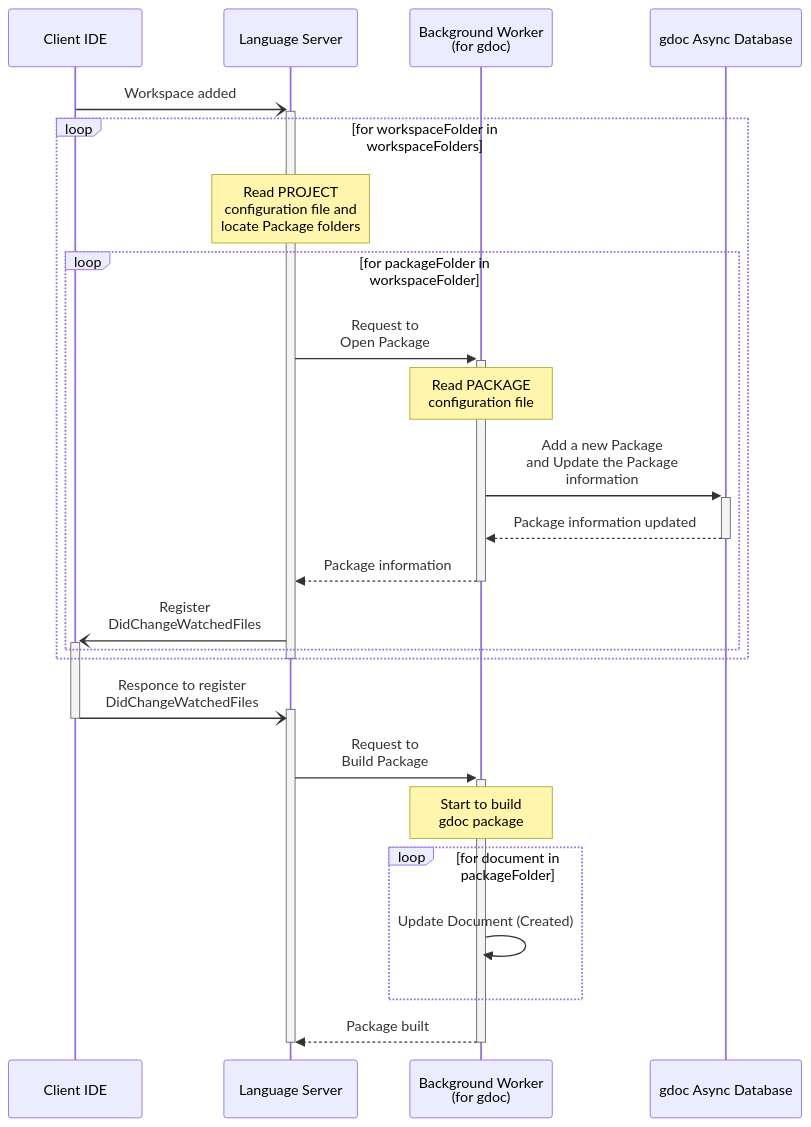
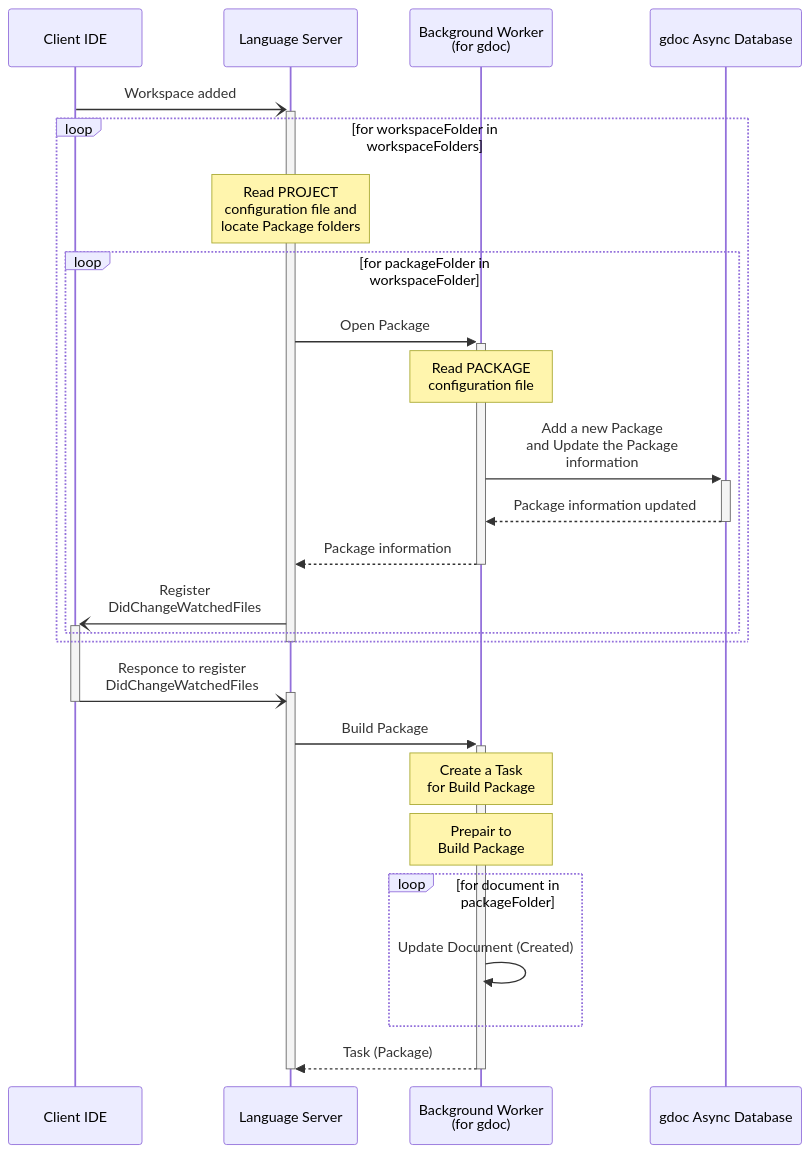
Before and after one commit to tyskdm/gdoc: the first of 5 diagrams in docs/ArchitecturalDesign/gdocServer/LanguageServer.md, drawn with Mermaid. The commit also changed other lines of this file, not shown here.

Commit message:
docs: refine sequence diagrams for Language Server operations and clarify task handling

````diff
--- a/docs/ArchitecturalDesign/gdocServer/LanguageServer.md
+++ b/docs/ArchitecturalDesign/gdocServer/LanguageServer.md
@@ -126,31 +126,32 @@
 ```mermaid
 sequenceDiagram
   participant IDE as Client IDE
   participant LS as Language Server
   participant Worker as Background Worker<br>(for gdoc)
   participant DB as gdoc Async Database
 
   IDE -) +LS: Workspace added
     Loop for workspaceFolder in workspaceFolders
       Note over LS: Read PROJECT<br>configuration file and<br>locate Package folders
       Loop for packageFolder in workspaceFolder
-        LS ->> +Worker: Request to<br>Open Package
+        LS ->> +Worker: Open Package
           Note over Worker: Read PACKAGE<br>configuration file
             Worker ->> +DB: Add a new Package<br>and Update the Package<br>information
             DB -->> -Worker: Package information updated
         Worker -->> -LS: Package information
         LS -) +IDE: Register<br>DidChangeWatchedFiles
       end
     end
   deactivate LS
   %%
   IDE -) +LS: Responce to register<br>DidChangeWatchedFiles
     deactivate IDE
-    LS ->> +Worker: Request to<br>Build Package
-      Note over Worker: Start to build<br>gdoc package
+    LS ->> +Worker: Build Package
+      Note over Worker: Create a Task<br>for Build Package
+      Note over Worker: Prepair to<br>Build Package
       Loop for document in packageFolder
         Worker ->> Worker: Update Document (Created)
       end
-    Worker -->> -LS: Package built
+     Worker -->> -LS: Task (Package)
   deactivate LS
 ```
````
